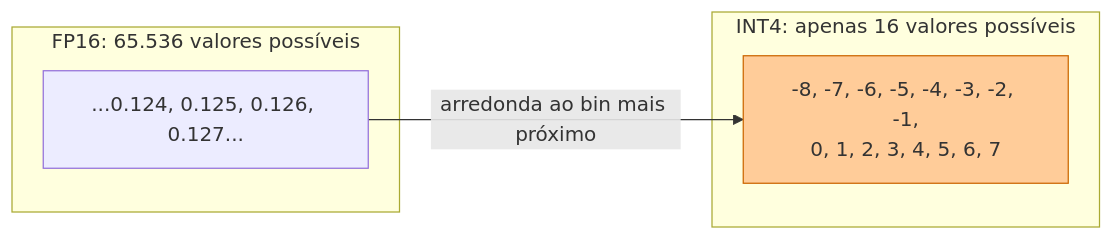
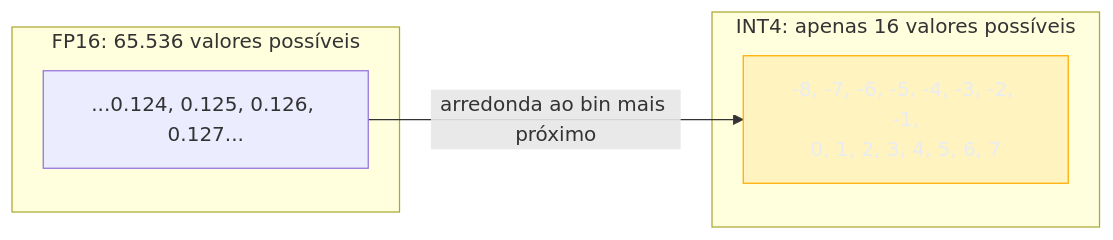
Before and after one commit to josenaldo/codex-technomanticus: the first of 4 diagrams in 03-Dominios/Tecnologia/IA/Anatomia dos LLMs/20 - Compressão de modelos — quantização e destilação.md, drawn with Mermaid. The commit also changed other lines of this file and 1181 other files, not shown here.

First line of the commit message:
fix(diagramas): paleta do sistema no lugar de cor cravada no markdown

````diff
--- a/03-Dominios/Tecnologia/IA/Anatomia dos LLMs/20 - Compressão de modelos — quantização e destilação.md
+++ b/03-Dominios/Tecnologia/IA/Anatomia dos LLMs/20 - Compressão de modelos — quantização e destilação.md
@@ -42,11 +42,12 @@
 ```mermaid
 graph LR
+    classDef destaque fill:#FFAA0024,stroke:#FFAA00,color:#E9ECF2
     subgraph "FP16: 65.536 valores possíveis"
         F1["...0.124, 0.125, 0.126, 0.127..."]
     end
     subgraph "INT4: apenas 16 valores possíveis"
         I1["-8, -7, -6, -5, -4, -3, -2, -1,\n0, 1, 2, 3, 4, 5, 6, 7"]
     end
     F1 -- "arredonda ao bin mais próximo" --> I1
-    style I1 fill:#ffcc99,stroke:#cc6600
+    class I1 destaque
 ```
````
